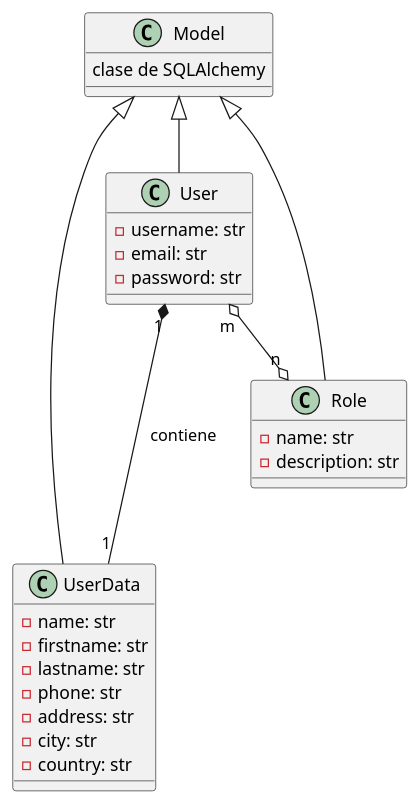
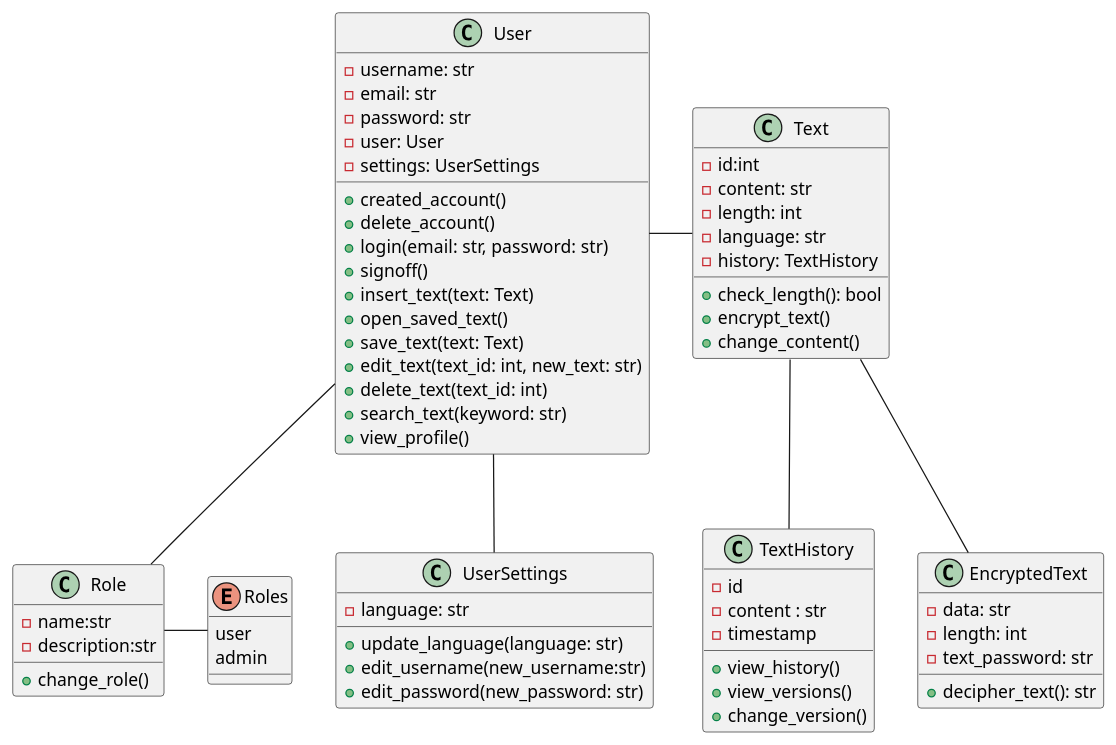
One commit to guadalupecuartara/Encriptador_UTN changed the diagram in docs/diagrama_1.puml. Above: the diagram before and after it, drawn with PlantUML. The commit also changed 2 other files, not shown here.

Commit message:
Diagrama clase

```diff
--- a/docs/diagrama_1.puml
+++ b/docs/diagrama_1.puml
@@ -1,31 +1,67 @@
-@startuml Diagram de Clases
-class Model {
- clase de SQLAlchemy
+@startuml ClassDiagram
+
+class User{
+    -username: str
+    -email: str
+    -password: str
+    -user: User
+    -settings: UserSettings
+    +created_account()
+    +delete_account()
+    +login(email: str, password: str)
+    +signoff()
+    +insert_text(text: Text)
+    +open_saved_text()
+    +save_text(text: Text)
+    +edit_text(text_id: int, new_text: str)
+    +delete_text(text_id: int)
+    +search_text(keyword: str)
+    +view_profile()
+}
+class UserSettings{
+    -language: str
+    +update_language(language: str)
+    +edit_username(new_username:str)
+    +edit_password(new_password: str)
+}
+class Role{
+    -name:str
+    -description:str
+    +change_role()
+}
+enum Roles{
+    user
+    admin
+}
+class Text{
+    -id:int
+    -content: str
+    -length: int
+    -language: str
+    -history: TextHistory
+    +check_length(): bool
+    +encrypt_text()
+    +change_content()
+}
+class TextHistory{
+    -id
+    -content : str
+    -timestamp
+    +view_history()
+    +view_versions()
+    +change_version()
+}
+class EncryptedText{
+    -data: str
+    -length: int
+    -text_password: str
+    +decipher_text(): str
 }
 
-class User {
-    - username: str
-    - email: str
-    - password: str
-}
-
-class UserData{
-    - name: str
-    - firstname: str
-    - lastname: str
-    - phone: str
-    - address: str
-    - city: str
-    - country: str
-}
-
-class Role {
-    - name: str
-    - description: str
-}
-Model <|-- User
-Model <|-- Role
-Model <|-- UserData
-User "1" *--- "1" UserData : contiene
-User "m" o--o "n" Role
+User -- Role
+Role - Roles
+Text -- EncryptedText
+User -- UserSettings
+User - Text
+Text -- TextHistory
 @enduml
```
